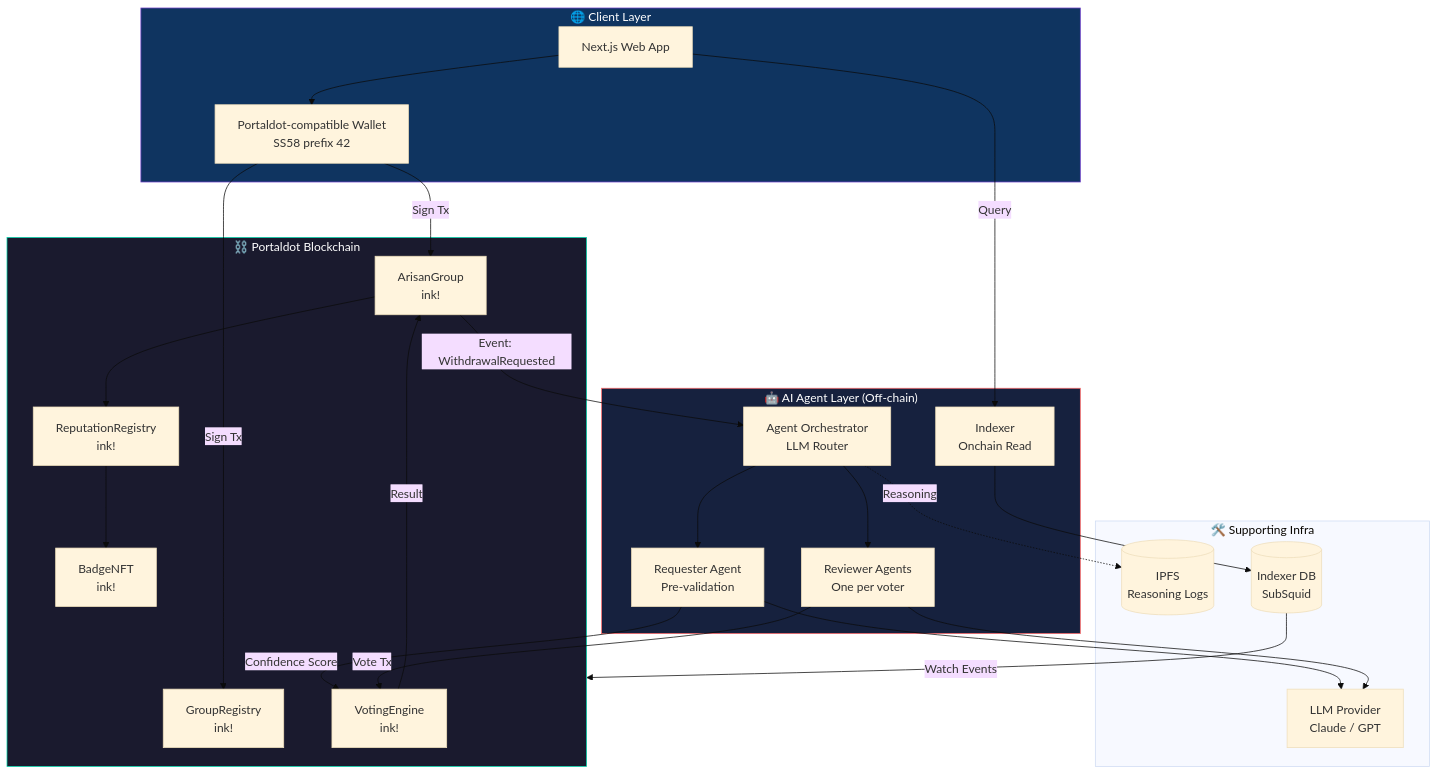
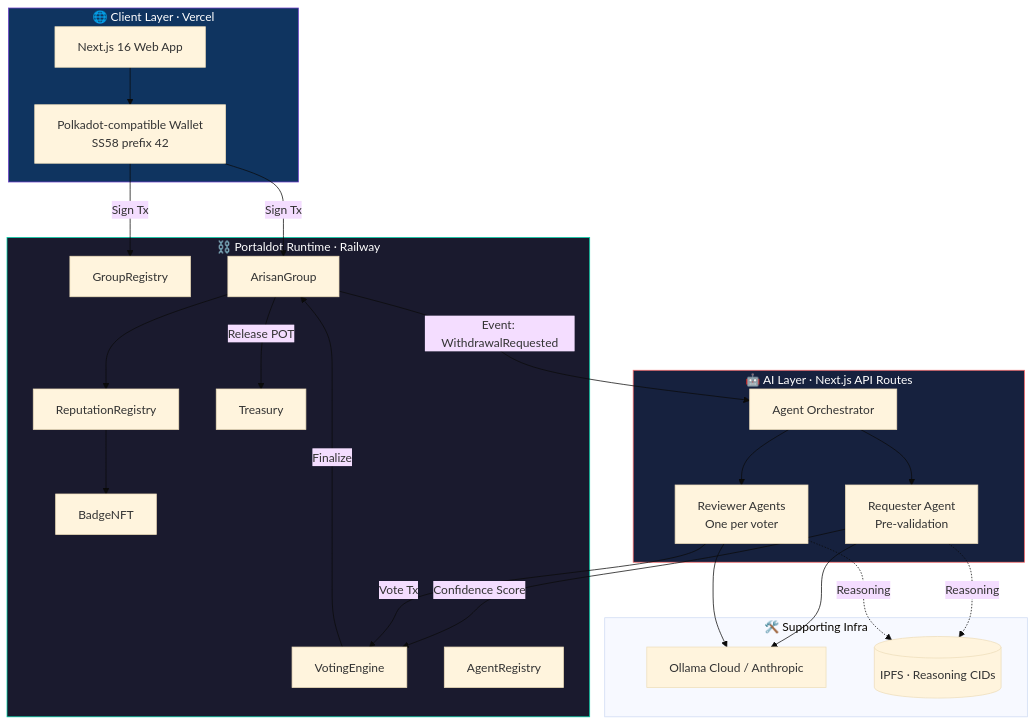
The first of 7 diagrams in README.md (EzraNahumury/auralis), drawn with Mermaid (base theme) before and after one commit. The commit also changed other lines of this file, not shown here.

First line of the commit message:
docs: rewrite README — live deployment, addresses, Vercel + Railway links

````diff
--- a/README.md
+++ b/README.md
@@ -157,53 +133,51 @@
 ```mermaid
 flowchart TB
-    subgraph Client["🌐 Client Layer"]
-        WEB[Next.js Web App]
-        WALLET[Portaldot-compatible Wallet<br/>SS58 prefix 42]
+    subgraph Client["🌐 Client Layer · Vercel"]
+        WEB[Next.js 16 Web App]
+        WALLET[Polkadot-compatible Wallet<br/>SS58 prefix 42]
     end
 
-    subgraph AI["🤖 AI Agent Layer (Off-chain)"]
-        REQAGENT[Requester Agent<br/>Pre-validation]
-        REVAGENT[Reviewer Agents<br/>One per voter]
-        ORCH[Agent Orchestrator<br/>LLM Router]
-        IDX[Indexer<br/>Onchain Read]
+    subgraph AI["🤖 AI Layer · Next.js API Routes"]
+        REQ[Requester Agent<br/>Pre-validation]
+        REV[Reviewer Agents<br/>One per voter]
+        ORCH[Agent Orchestrator]
     end
 
-    subgraph Chain["⛓️ Portaldot Blockchain"]
-        SC1[GroupRegistry<br/>ink!]
-        SC2[ArisanGroup<br/>ink!]
-        SC3[ReputationRegistry<br/>ink!]
-        SC4[BadgeNFT<br/>ink!]
-        SC5[VotingEngine<br/>ink!]
+    subgraph Chain["⛓️ Portaldot Runtime · Railway"]
+        GR[GroupRegistry]
+        AG[ArisanGroup]
+        VE[VotingEngine]
+        RR[ReputationRegistry]
+        BN[BadgeNFT]
+        TR[Treasury]
+        AR[AgentRegistry]
     end
 
     subgraph Infra["🛠️ Supporting Infra"]
-        LLM[LLM Provider<br/>Claude / GPT]
-        IPFS[(IPFS<br/>Reasoning Logs)]
-        SUBSQUID[(Indexer DB<br/>SubSquid)]
+        LLM[Ollama Cloud / Anthropic]
+        IPFS[(IPFS · Reasoning CIDs)]
     end
 
     WEB --> WALLET
-    WALLET -->|Sign Tx| SC1
-    WALLET -->|Sign Tx| SC2
-    WEB -->|Query| IDX
+    WALLET -->|Sign Tx| GR
+    WALLET -->|Sign Tx| AG
 
-    SC2 -->|Event: WithdrawalRequested| ORCH
-    ORCH --> REQAGENT
-    REQAGENT --> LLM
-    REQAGENT -->|Confidence Score| SC5
-    ORCH --> REVAGENT
-    REVAGENT --> LLM
-    REVAGENT -->|Vote Tx| SC5
+    AG -->|Event: WithdrawalRequested| ORCH
+    ORCH --> REQ
+    ORCH --> REV
+    REQ --> LLM
+    REV --> LLM
+    REQ -->|Confidence Score| VE
+    REV -->|Vote Tx| VE
+    REQ -.Reasoning.-> IPFS
+    REV -.Reasoning.-> IPFS
 
-    SC5 -->|Result| SC2
-    SC2 --> SC3
-    SC3 --> SC4
-
-    IDX --> SUBSQUID
-    SUBSQUID -->|Watch Events| Chain
-    ORCH -.Reasoning.-> IPFS
+    VE -->|Finalize| AG
+    AG -->|Release POT| TR
+    AG --> RR
+    RR --> BN
 
     style Chain fill:#1a1a2e,stroke:#00d4aa,color:#fff
     style AI fill:#16213e,stroke:#ff6b6b,color:#fff
     style Client fill:#0f3460,stroke:#6e40c9,color:#fff
 ```
````
